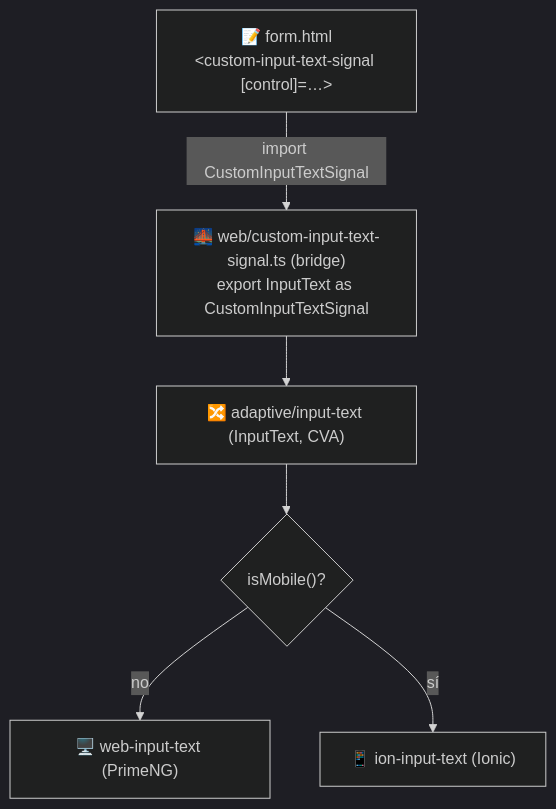
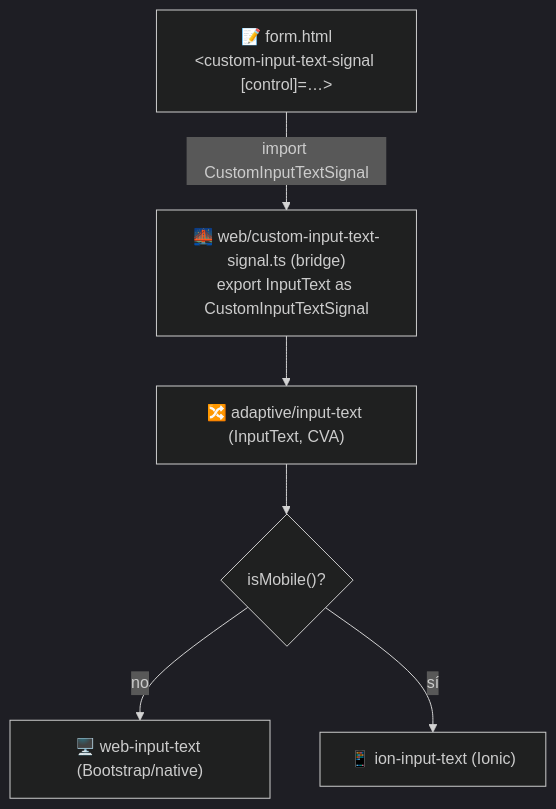
The second of 2 diagrams in src/app/shared/ui/arquitectura-shared-ui.md (geshyrihu/luxuryapp-angular), drawn with Mermaid (dark theme) before and after one commit. The commit also changed other lines of this file and 227 other files, not shown here.

````diff
--- a/src/app/shared/ui/arquitectura-shared-ui.md
+++ b/src/app/shared/ui/arquitectura-shared-ui.md
@@ -110,12 +110,12 @@
 ```mermaid
 flowchart TD
     F["📝 form.html<br/>&lt;custom-input-text-signal [control]=…&gt;"]
     B["🌉 web/custom-input-text-signal.ts (bridge)<br/>export InputText as CustomInputTextSignal"]
     A["🔀 adaptive/input-text (InputText, CVA)"]
     P{"isMobile()?"}
-    W["🖥️ web-input-text (PrimeNG)"]
+    W["🖥️ web-input-text (Bootstrap/native)"]
     M["📱 ion-input-text (Ionic)"]
     F -->|import CustomInputTextSignal| B --> A --> P
     P -->|no| W
     P -->|sí| M
 ```
````
